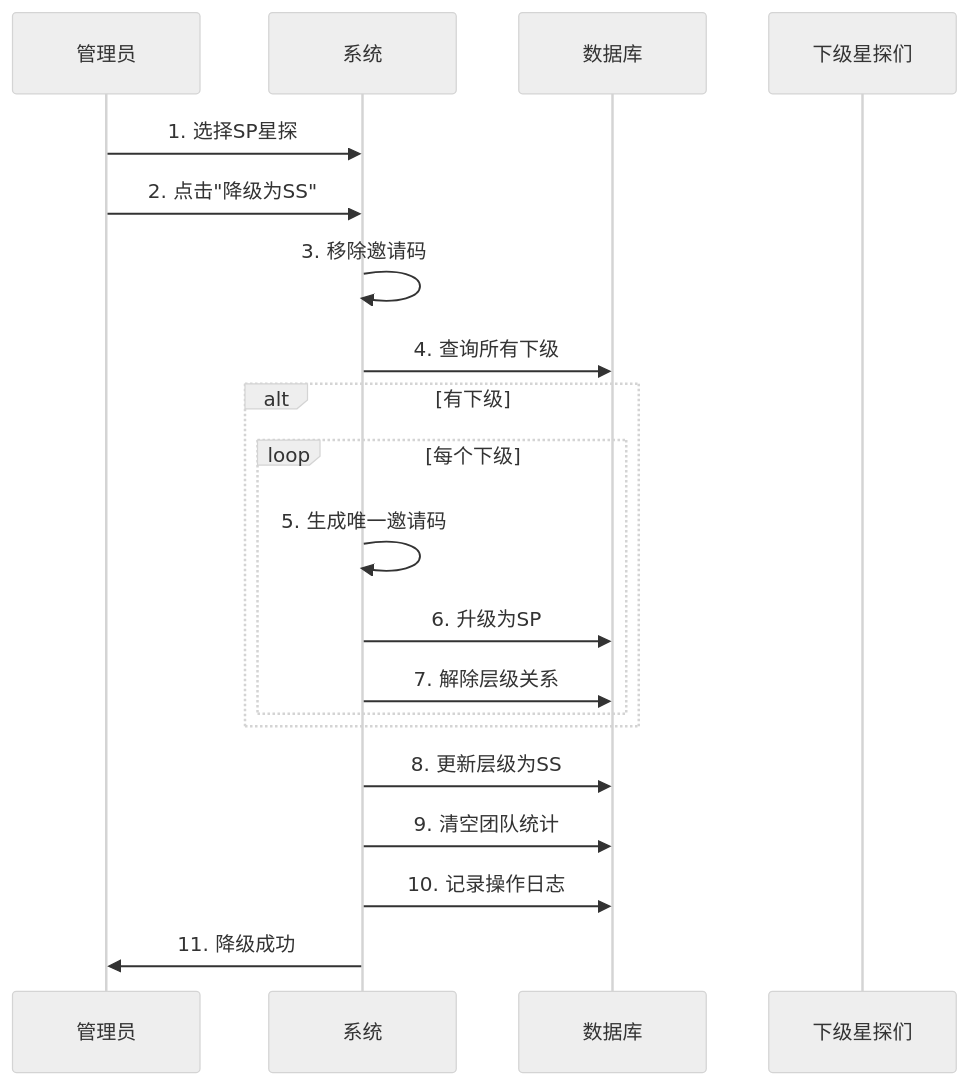
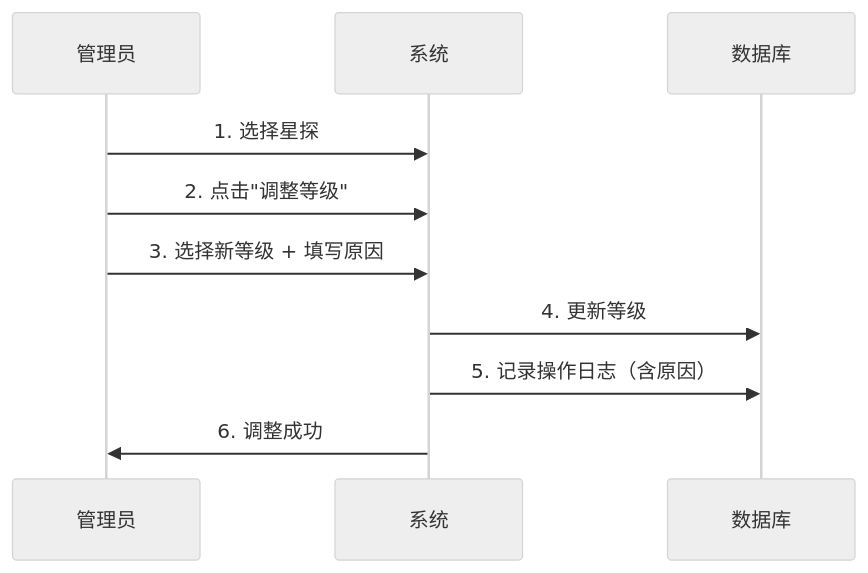
One commit to chzhh393/aomi-star changed diagram 14 of 20 in docs/guides/business/workflows/business-processes-overview.md. Above: the diagram before and after it, drawn with Mermaid (neutral theme). The commit also changed other lines of this file and 47 other files, not shown here.

````diff
--- a/docs/guides/business/workflows/business-processes-overview.md
+++ b/docs/guides/business/workflows/business-processes-overview.md
@@ -1668,26 +1660,13 @@
 ```mermaid
 sequenceDiagram
     participant AD as 管理员
     participant SYS as 系统
     participant DB as 数据库
-    participant CS as 下级星探们
-    
-    AD->>SYS: 1. 选择SP星探
-    AD->>SYS: 2. 点击"降级为SS"
-    SYS->>SYS: 3. 移除邀请码
-    
-    SYS->>DB: 4. 查询所有下级
-    
-    alt 有下级
-        loop 每个下级
-            SYS->>SYS: 5. 生成唯一邀请码
-            SYS->>DB: 6. 升级为SP
-            SYS->>DB: 7. 解除层级关系
-        end
-    end
-    
-    SYS->>DB: 8. 更新层级为SS
-    SYS->>DB: 9. 清空团队统计
-    SYS->>DB: 10. 记录操作日志
-    SYS->>AD: 11. 降级成功
+
+    AD->>SYS: 1. 选择星探
+    AD->>SYS: 2. 点击"调整等级"
+    AD->>SYS: 3. 选择新等级 + 填写原因
+    SYS->>DB: 4. 更新等级
+    SYS->>DB: 5. 记录操作日志（含原因）
+    SYS->>AD: 6. 调整成功
 ```
````
